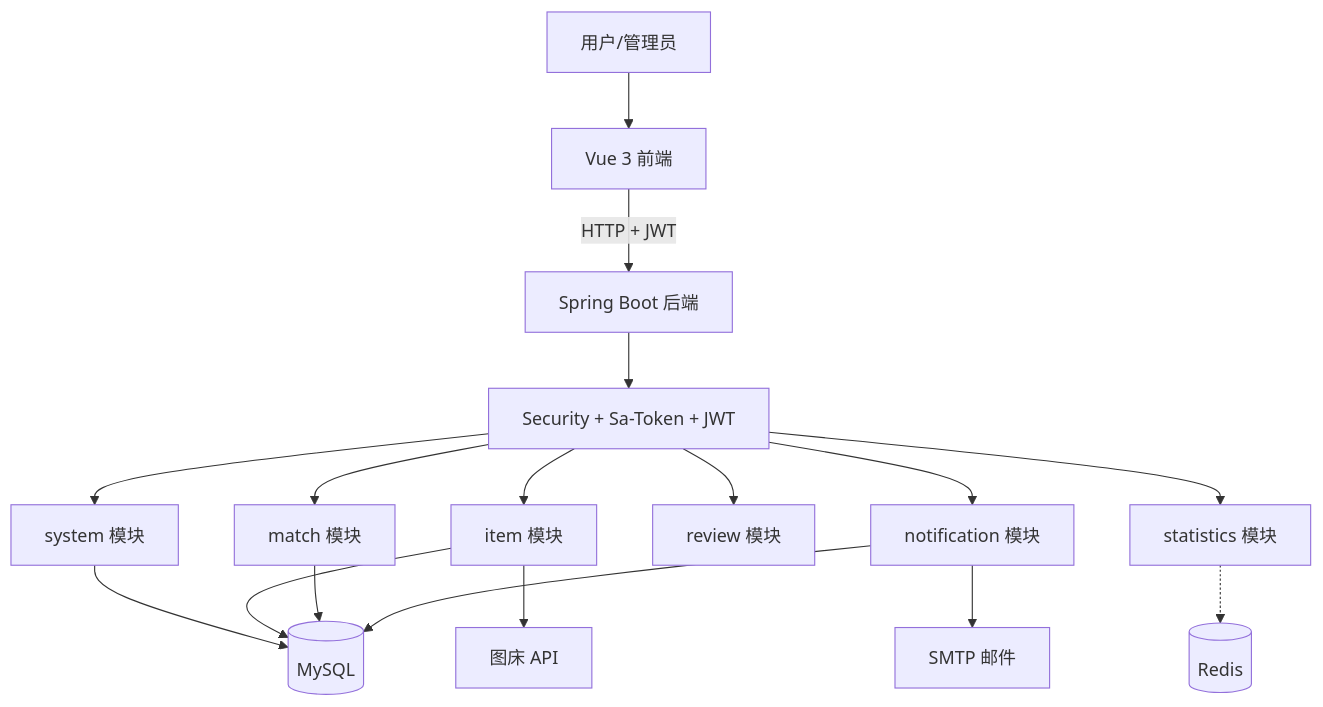
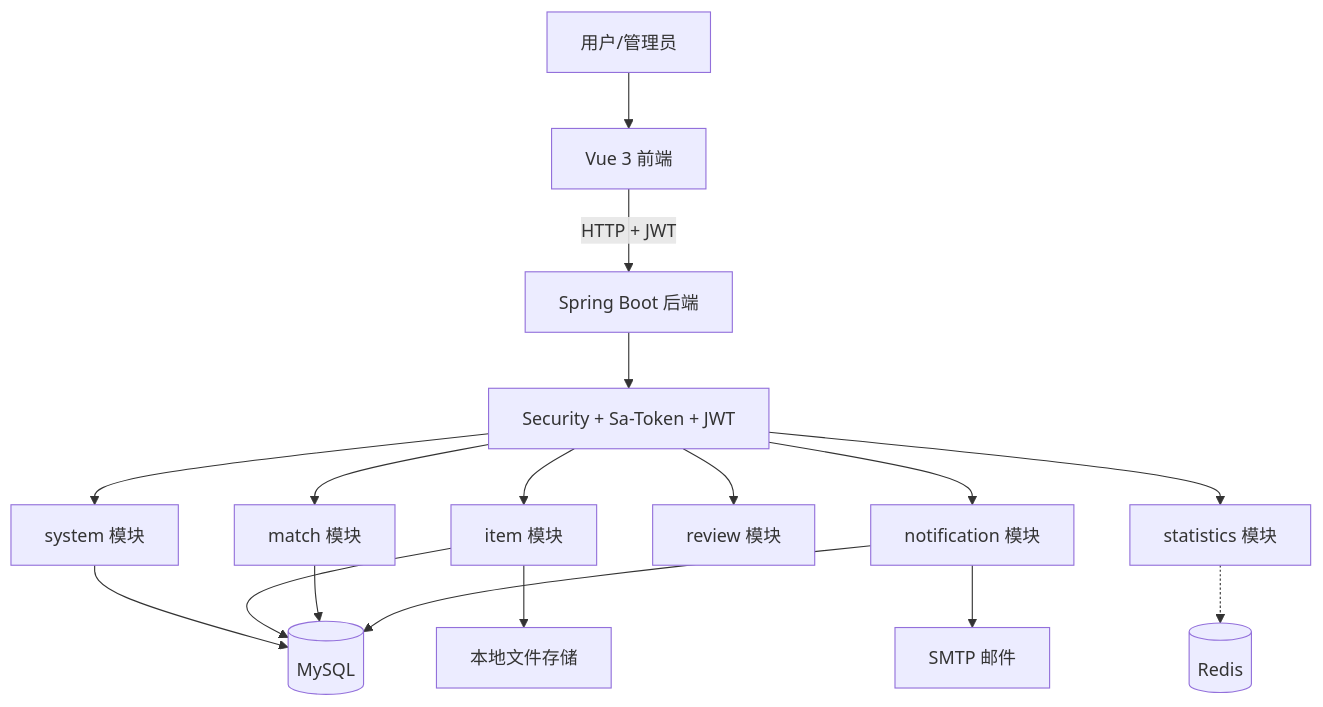
The first of 3 diagrams in docs/README.md (zwj-3193655211/campus-LostandFound), drawn with Mermaid before and after one commit. The commit also changed other lines of this file and 16 other files, not shown here.

Commit message:
feat: 迁移图片存储从远程图床到本地文件系统

````diff
--- a/docs/README.md
+++ b/docs/README.md
@@ -69,19 +69,19 @@
 ```mermaid
 graph TD
     U[用户/管理员] --> FE[Vue 3 前端]
     FE -->|HTTP + JWT| BE[Spring Boot 后端]
     BE --> SEC[Security + Sa-Token + JWT]
     SEC --> SYS[system 模块]
     SEC --> ITEM[item 模块]
     SEC --> MATCH[match 模块]
     SEC --> REVIEW[review 模块]
     SEC --> NOTIFY[notification 模块]
     SEC --> STAT[statistics 模块]
     SYS --> DB[(MySQL)]
     ITEM --> DB
     MATCH --> DB
     NOTIFY --> DB
     STAT -.-> REDIS[(Redis)]
-    ITEM --> IMG[图床 API]
+    ITEM --> LOCAL[本地文件存储]
     NOTIFY --> MAIL[SMTP 邮件]
 ```
````
